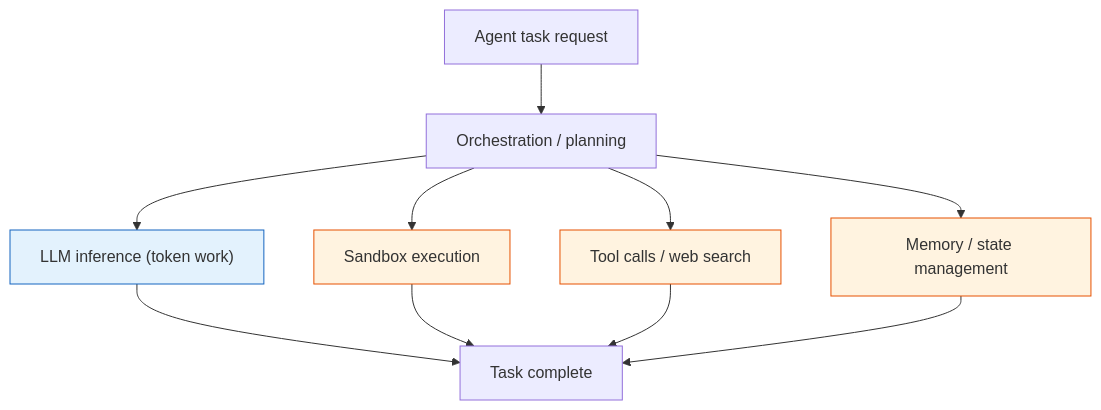
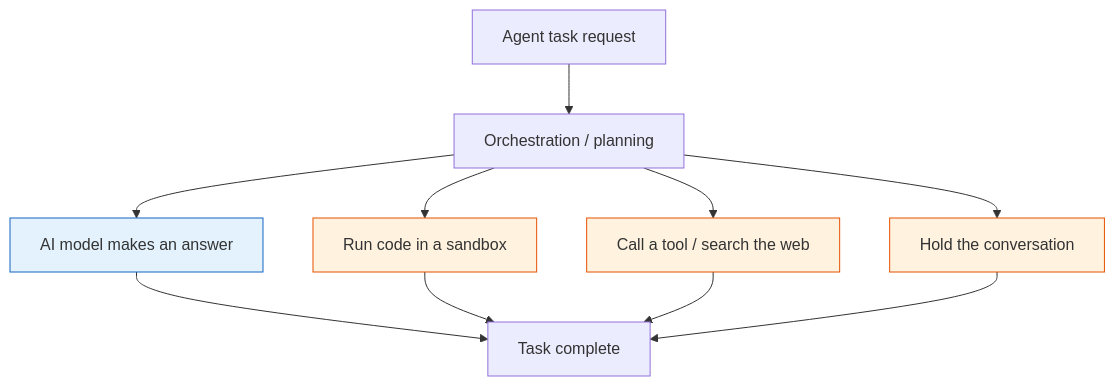
The diagram in _posts/en/research/2026-08-25-agentsysbench-agent-serving-bottleneck.md (ThakiCloud/thakicloud.github.io), drawn with Mermaid before and after one commit. The commit also changed other lines of this file and 19 other files, not shown here.

````diff
--- a/_posts/en/research/2026-08-25-agentsysbench-agent-serving-bottleneck.md
+++ b/_posts/en/research/2026-08-25-agentsysbench-agent-serving-bottleneck.md
@@ -42,16 +46,16 @@
 ```mermaid
 flowchart TB
     R["Agent task request"] --> P["Orchestration / planning"]
-    P --> LLM["LLM inference (token work)"]
-    P --> N1["Sandbox execution"]
-    P --> N2["Tool calls / web search"]
-    P --> N3["Memory / state management"]
+    P --> LLM["AI model makes an answer"]
+    P --> N1["Run code in a sandbox"]
+    P --> N2["Call a tool / search the web"]
+    P --> N3["Hold the conversation"]
     LLM --> D["Task complete"]
     N1 --> D
     N2 --> D
     N3 --> D
     classDef llm fill:#e3f2fd,stroke:#1565c0
     classDef non fill:#fff3e0,stroke:#e65100
     class LLM llm
     class N1,N2,N3 non
 ```
````
